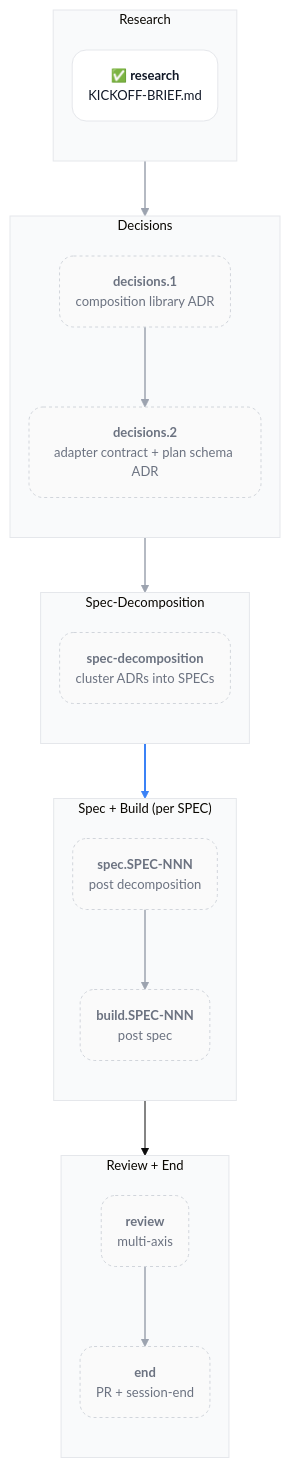
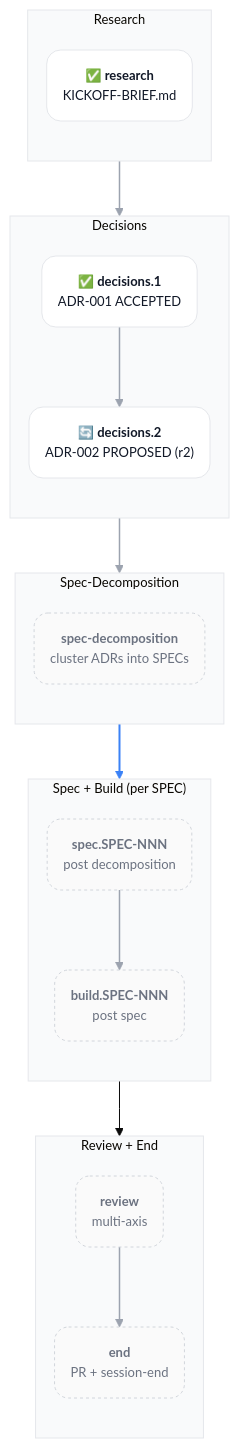
Before and after one commit to acmelabs-15/skills: the first of 3 diagrams in docs/planning/PLAN-001-skills-ecosystem.md, drawn with Mermaid. The commit also changed other lines of this file and 1 other file, not shown here.

````diff
--- a/docs/planning/PLAN-001-skills-ecosystem.md
+++ b/docs/planning/PLAN-001-skills-ecosystem.md
@@ -68,49 +68,49 @@
 ```mermaid
 %%{init: {'theme':'base','flowchart':{'curve':'stepAfter','nodeSpacing':18,'rankSpacing':55,'padding':16,'diagramPadding':20,'htmlLabels':true},'themeVariables':{'fontFamily':'-apple-system, BlinkMacSystemFont, system-ui, sans-serif','fontSize':'13px','clusterBkg':'#f9fafb','clusterBorder':'#e5e7eb'},'themeCSS':'.edgePath path, .flowchart-link { stroke-linejoin: round !important; stroke-linecap: round !important; } .cluster-label .nodeLabel { font-family: ui-monospace, SFMono-Regular, Menlo, monospace !important; font-size: 11px !important; font-weight: 600 !important; letter-spacing: 0.1em !important; text-transform: uppercase !important; color: #6b7280 !important; }'}}%%
 graph TD
 
   classDef done fill:#ffffff,stroke:#e5e7eb,stroke-width:1px,color:#111827,rx:14,ry:14
   classDef pending fill:#fafafa,stroke:#d1d5db,stroke-width:1px,color:#6b7280,stroke-dasharray:3 3,rx:14,ry:14
 
   subgraph R ["Research"]
     direction TB
     research("✅ <b>research</b><br/><span style='color:#6b7280;font-size:11px'>KICKOFF-BRIEF.md</span>")
   end
 
   subgraph D ["Decisions"]
     direction TB
-    d1("<b>decisions.1</b><br/><span style='color:#6b7280;font-size:11px'>composition library ADR</span>")
-    d2("<b>decisions.2</b><br/><span style='color:#6b7280;font-size:11px'>adapter contract + plan schema ADR</span>")
+    d1("✅ <b>decisions.1</b><br/><span style='color:#6b7280;font-size:11px'>ADR-001 ACCEPTED</span>")
+    d2("🔄 <b>decisions.2</b><br/><span style='color:#6b7280;font-size:11px'>ADR-002 PROPOSED (r2)</span>")
   end
 
   subgraph S ["Spec-Decomposition"]
     direction TB
     sd("<b>spec-decomposition</b><br/><span style='color:#6b7280;font-size:11px'>cluster ADRs into SPECs</span>")
   end
 
   subgraph SB ["Spec + Build (per SPEC)"]
     direction TB
     spec_n("<b>spec.SPEC-NNN</b><br/><span style='color:#6b7280;font-size:11px'>post decomposition</span>")
     build_n("<b>build.SPEC-NNN</b><br/><span style='color:#6b7280;font-size:11px'>post spec</span>")
     spec_n --> build_n
   end
 
   subgraph RE ["Review + End"]
     direction TB
     review("<b>review</b><br/><span style='color:#6b7280;font-size:11px'>multi-axis</span>")
     fin("<b>end</b><br/><span style='color:#6b7280;font-size:11px'>PR + session-end</span>")
     review --> fin
   end
 
   research --> d1
   d1 --> d2
   d2 --> sd
   sd --> spec_n
   build_n --> review
 
-  class research done
-  class d1,d2,sd,spec_n,build_n,review,fin pending
+  class research,d1,d2 done
+  class sd,spec_n,build_n,review,fin pending
 
   linkStyle 0,1,2,3,4 stroke:#9ca3af,stroke-width:1.5px
   linkStyle 5 stroke:#3b82f6,stroke-width:2px
 ```
````
